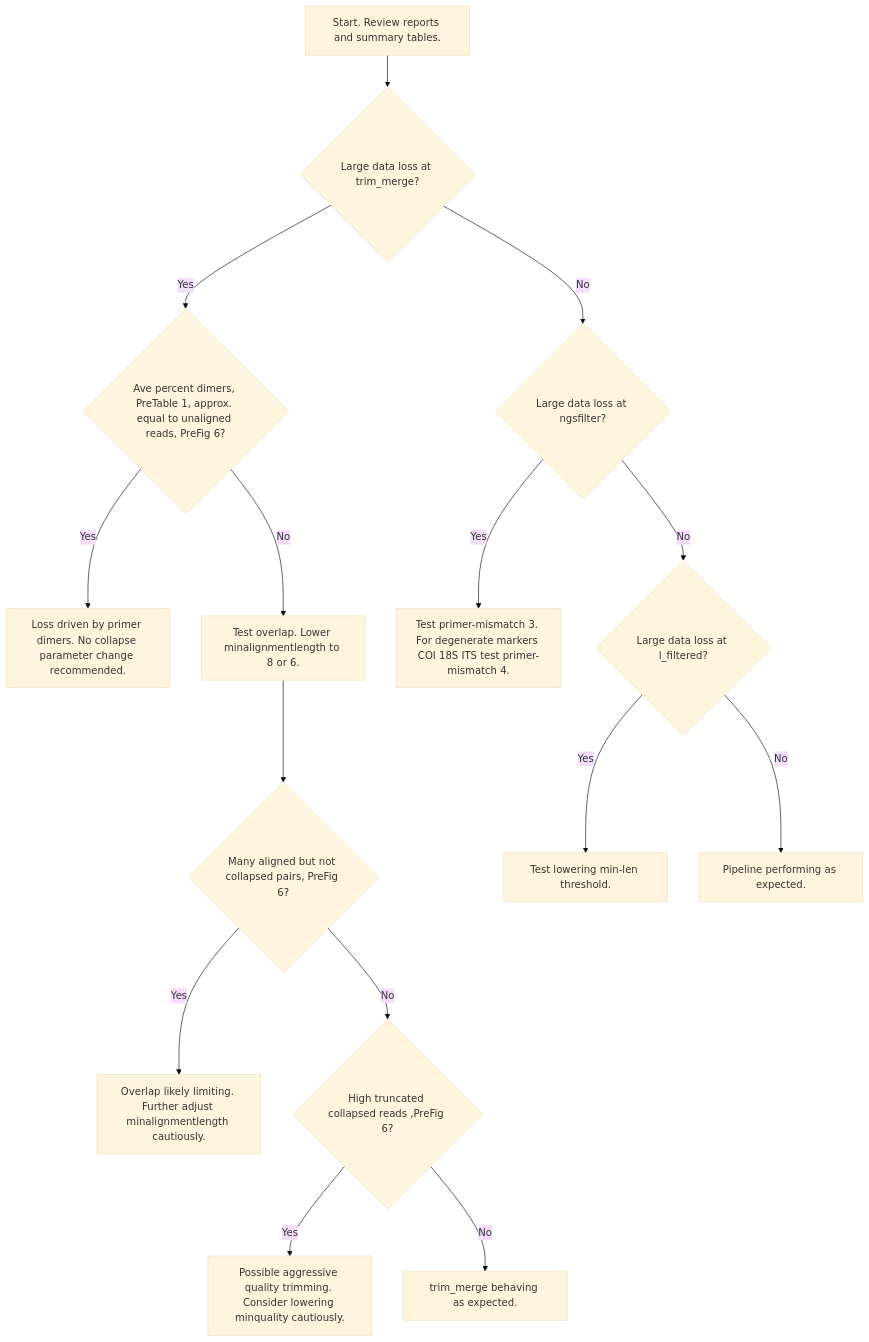
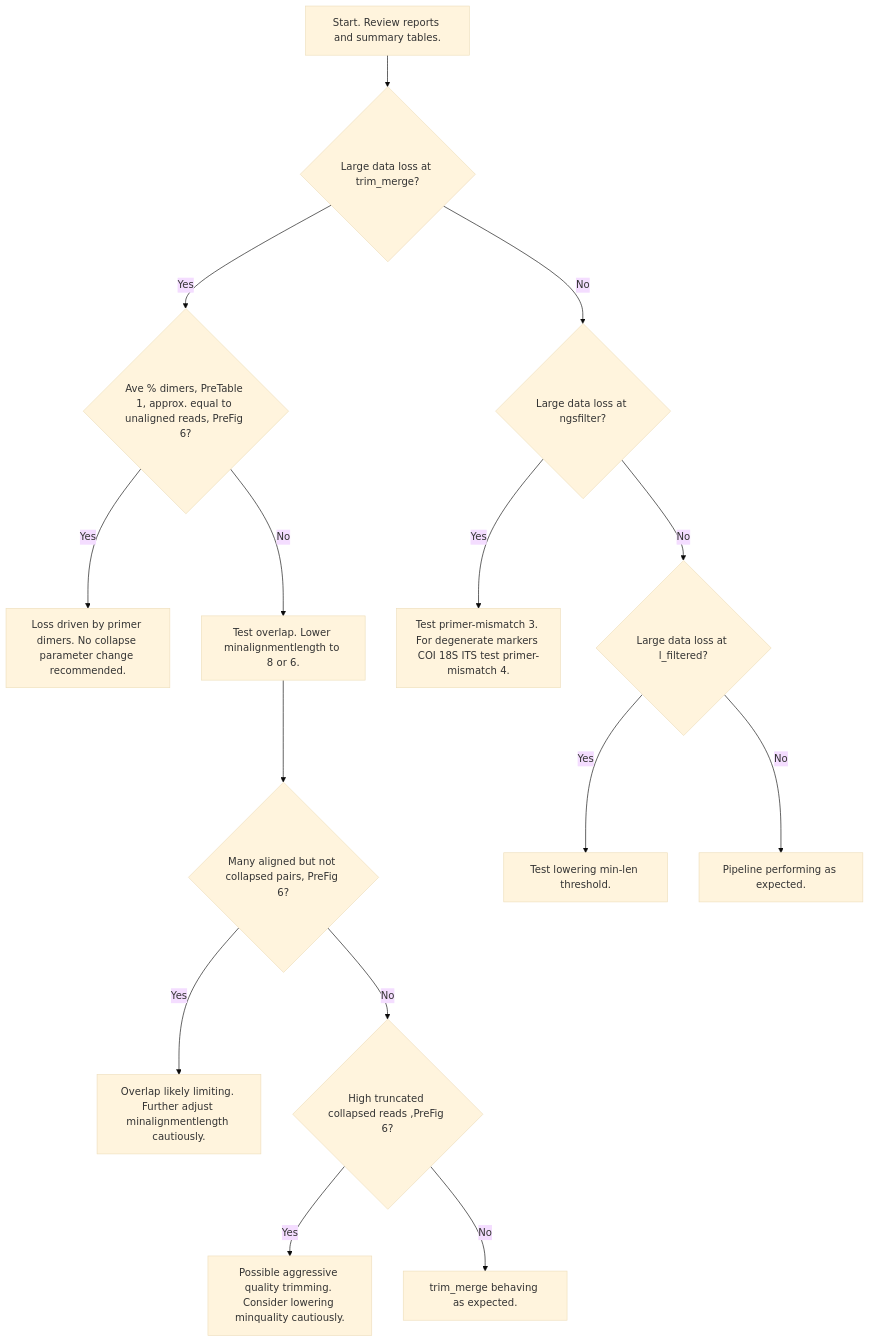
One commit to ericgarciaresearch/RAMeN changed the diagram in README.md. Above: the diagram before and after it, drawn with Mermaid (base theme).

````diff
--- a/README.md
+++ b/README.md
@@ -958,32 +958,32 @@
 ```mermaid
 flowchart TD
 
 
 A[Start. Review reports and summary tables.] --> B{Large data loss at trim_merge?}
 
-B -- Yes --> C{Ave percent dimers, PreTable 1, approx. equal to unaligned reads, PreFig 6?}
+B -- Yes --> C{Ave % dimers, PreTable 1, approx. equal to unaligned reads, PreFig 6?}
 
 C -- Yes --> D[Loss driven by primer dimers. No collapse parameter change recommended.]
 
 C -- No --> E[Test overlap. Lower minalignmentlength to 8 or 6.]
 
 E --> F{Many aligned but not collapsed pairs, PreFig 6?}
 
 F -- Yes --> G[Overlap likely limiting. Further adjust minalignmentlength cautiously.]
 
 F -- No --> H{High truncated collapsed reads ,PreFig 6?}
 
 H -- Yes --> I[Possible aggressive quality trimming. Consider lowering minquality cautiously.]
 
 H -- No --> J[trim_merge behaving as expected.]
 
 B -- No --> K{Large data loss at ngsfilter?}
 
 K -- Yes --> L[Test primer-mismatch 3. For degenerate markers COI 18S ITS test primer-mismatch 4.]
 
 K -- No --> M{Large data loss at l_filtered?}
 
 M -- Yes --> N[Test lowering min-len threshold.]
 
 M -- No --> O[Pipeline performing as expected.]
 ```
````
